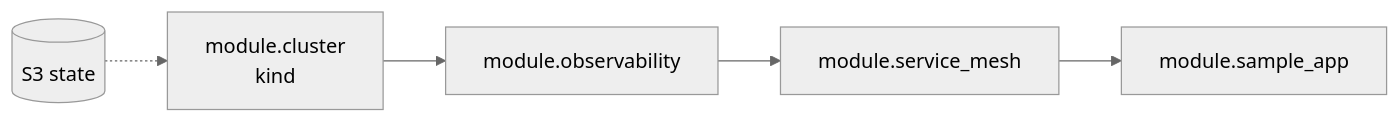
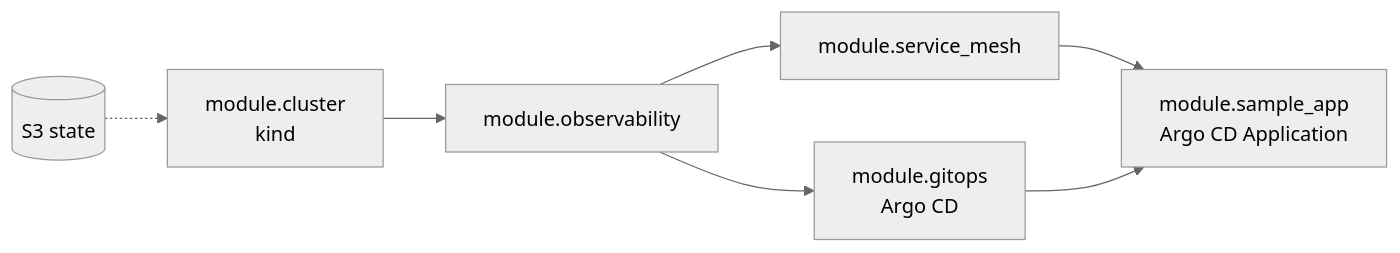
One commit to flowramps/Infra-tech-challenge-III changed the second of 3 diagrams in README.md. Above: the diagram before and after it, drawn with Mermaid (neutral theme). The commit also changed other lines of this file and 1 other file, not shown here.

````diff
--- a/README.md
+++ b/README.md
@@ -65,4 +66,6 @@
 ```mermaid
 flowchart LR
-    s3[(S3 state)] -.-> cluster[module.cluster<br/>kind] --> obs[module.observability] --> mesh[module.service_mesh] --> appm[module.sample_app]
+    s3[(S3 state)] -.-> cluster[module.cluster<br/>kind] --> obs[module.observability]
+    obs --> mesh[module.service_mesh] --> appm[module.sample_app<br/>Argo CD Application]
+    obs --> gitops[module.gitops<br/>Argo CD] --> appm
 ```
````
